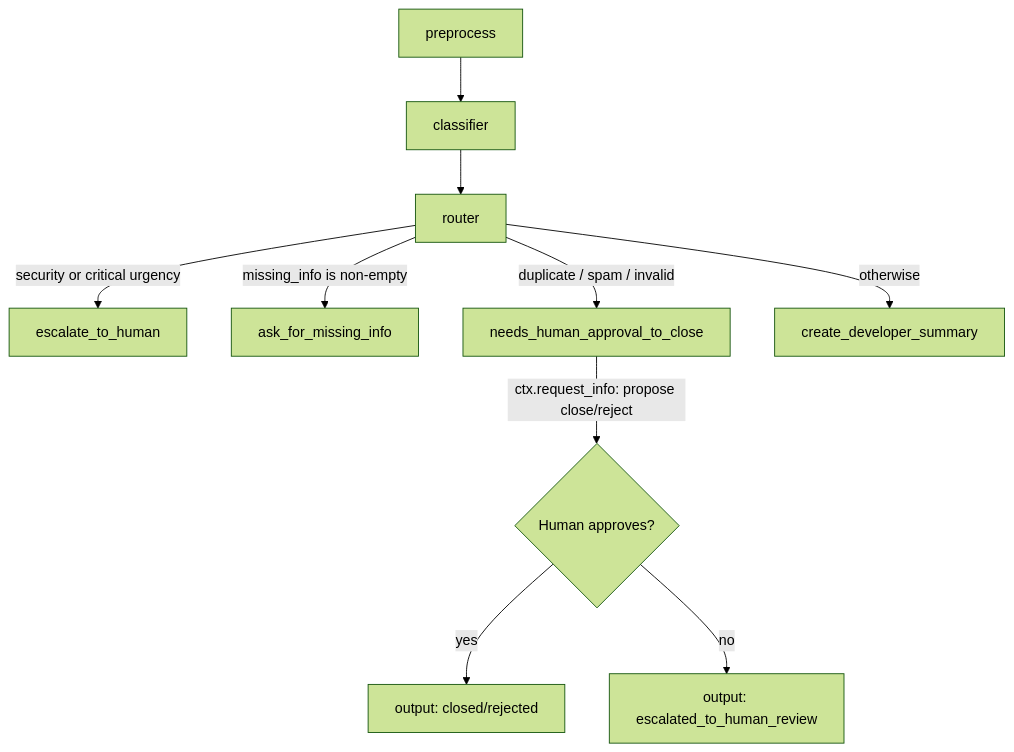
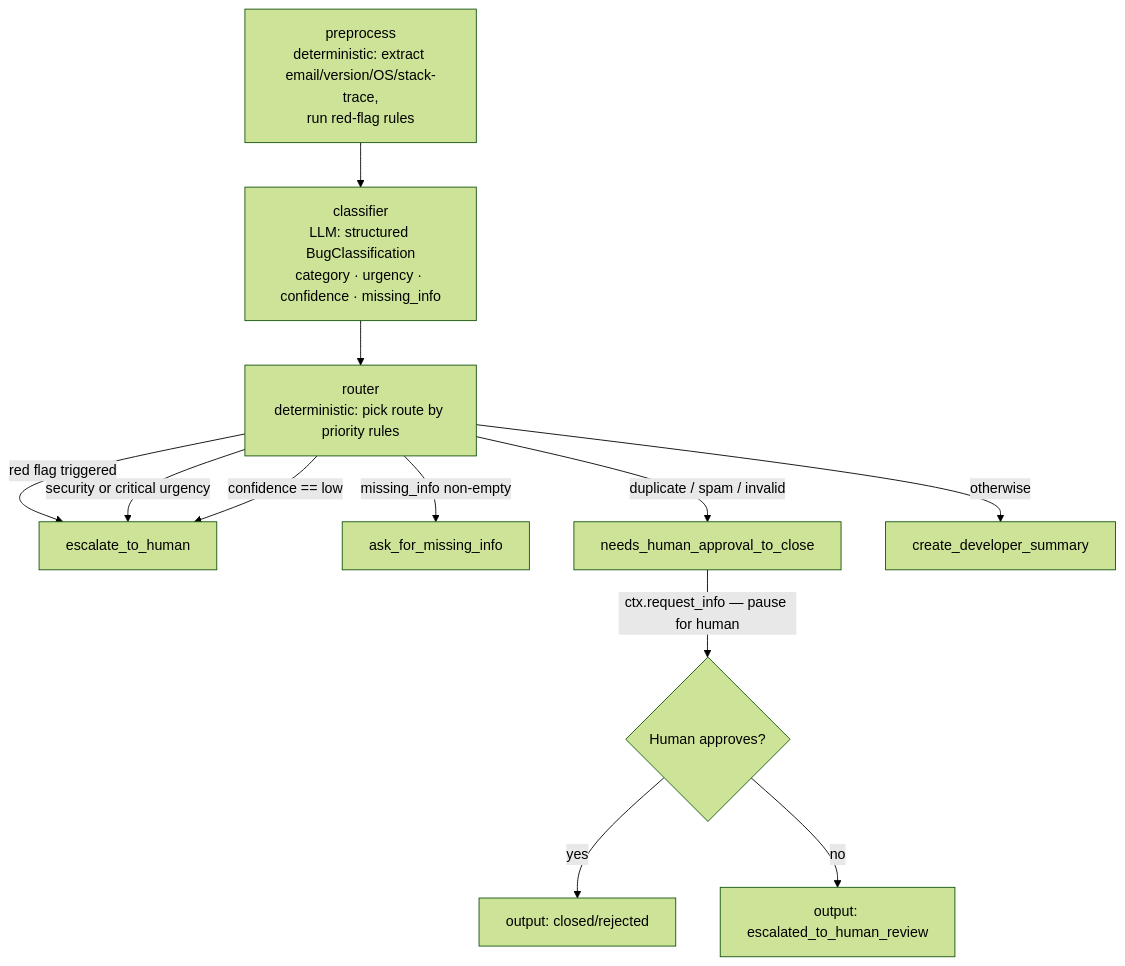
The diagram in README.md (danielchani/bug-triage-agent-), drawn with Mermaid (forest theme) before and after one commit. The commit also changed other lines of this file and 2 other files, not shown here.

````diff
--- a/README.md
+++ b/README.md
@@ -28,12 +28,14 @@
 ```mermaid
 graph TD
-    A[preprocess] --> B[classifier]
-    B --> C[router]
-    C -->|security or critical urgency| D[escalate_to_human]
-    C -->|missing_info is non-empty| E[ask_for_missing_info]
+    A[preprocess<br/>deterministic: extract email/version/OS/stack-trace,<br/>run red-flag rules] --> B[classifier<br/>LLM: structured BugClassification<br/>category · urgency · confidence · missing_info]
+    B --> C[router<br/>deterministic: pick route by priority rules]
+    C -->|red flag triggered| D[escalate_to_human]
+    C -->|security or critical urgency| D
+    C -->|confidence == low| D
+    C -->|missing_info non-empty| E[ask_for_missing_info]
     C -->|duplicate / spam / invalid| F[needs_human_approval_to_close]
     C -->|otherwise| G[create_developer_summary]
-    F -->|ctx.request_info: propose close/reject| H{Human approves?}
+    F -->|ctx.request_info — pause for human| H{Human approves?}
     H -->|yes| I[output: closed/rejected]
     H -->|no| J[output: escalated_to_human_review]
 ```
````
